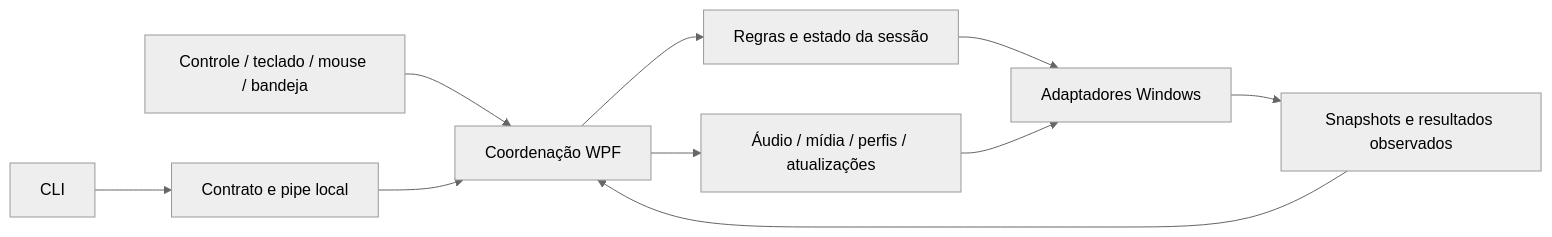
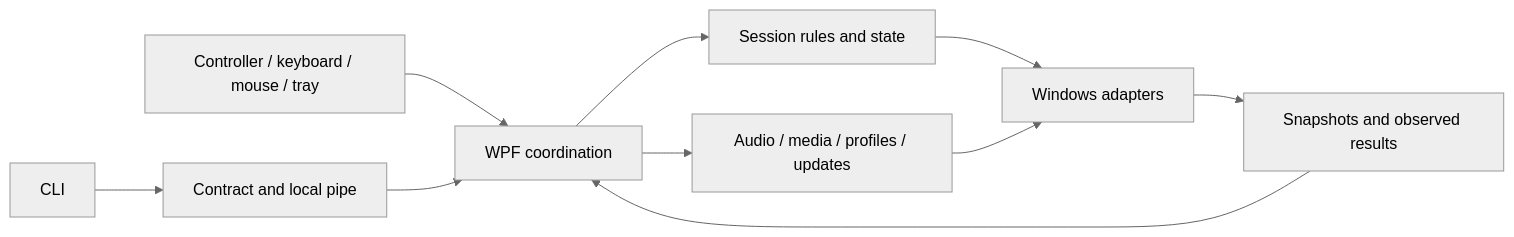
The diagram in docs/architecture.md (bezoro/game-session-overlay), drawn with Mermaid (neutral theme) before and after one commit. The commit also changed other lines of this file and 12 other files, not shown here.

````diff
--- a/docs/architecture.md
+++ b/docs/architecture.md
@@ -24,12 +24,12 @@
 ```mermaid
 flowchart LR
-    Input[Controle / teclado / mouse / bandeja] --> UI[Coordenação WPF]
-    CLI[CLI] --> Pipe[Contrato e pipe local]
+    Input[Controller / keyboard / mouse / tray] --> UI[WPF coordination]
+    CLI[CLI] --> Pipe[Contract and local pipe]
     Pipe --> UI
-    UI --> Policy[Regras e estado da sessão]
-    UI --> Services[Áudio / mídia / perfis / atualizações]
-    Policy --> Native[Adaptadores Windows]
+    UI --> Policy[Session rules and state]
+    UI --> Services[Audio / media / profiles / updates]
+    Policy --> Native[Windows adapters]
     Services --> Native
-    Native --> Snapshot[Snapshots e resultados observados]
+    Native --> Snapshot[Snapshots and observed results]
     Snapshot --> UI
 ```
````
